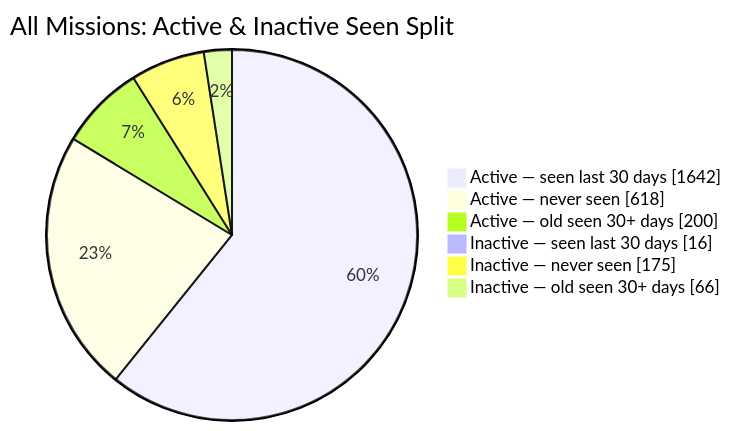
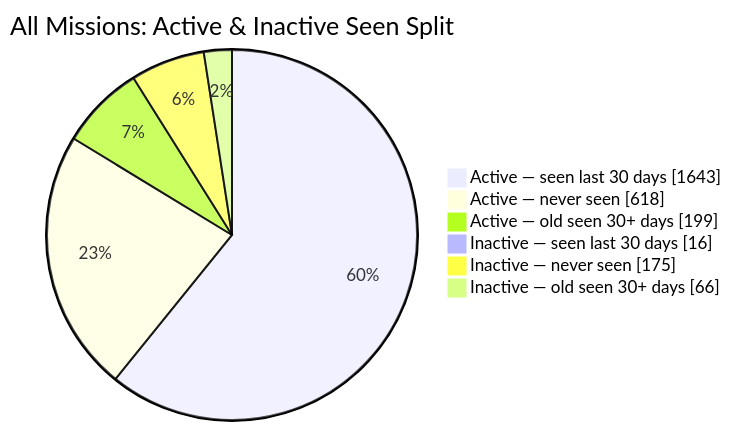
Before and after one commit to MeldkamerspelGameTeam/active-missions: the second of 2 diagrams in README.md, drawn with Mermaid. The commit also changed other lines of this file and 2 other files, not shown here.

````diff
--- a/README.md
+++ b/README.md
@@ -44,10 +44,10 @@
 ```mermaid
 pie showData
     title All Missions: Active & Inactive Seen Split
-    "Active — seen last 30 days" : 1642
+    "Active — seen last 30 days" : 1643
     "Active — never seen" : 618
-    "Active — old seen 30+ days" : 200
+    "Active — old seen 30+ days" : 199
     "Inactive — seen last 30 days" : 16
     "Inactive — never seen" : 175
     "Inactive — old seen 30+ days" : 66
 ```
````
